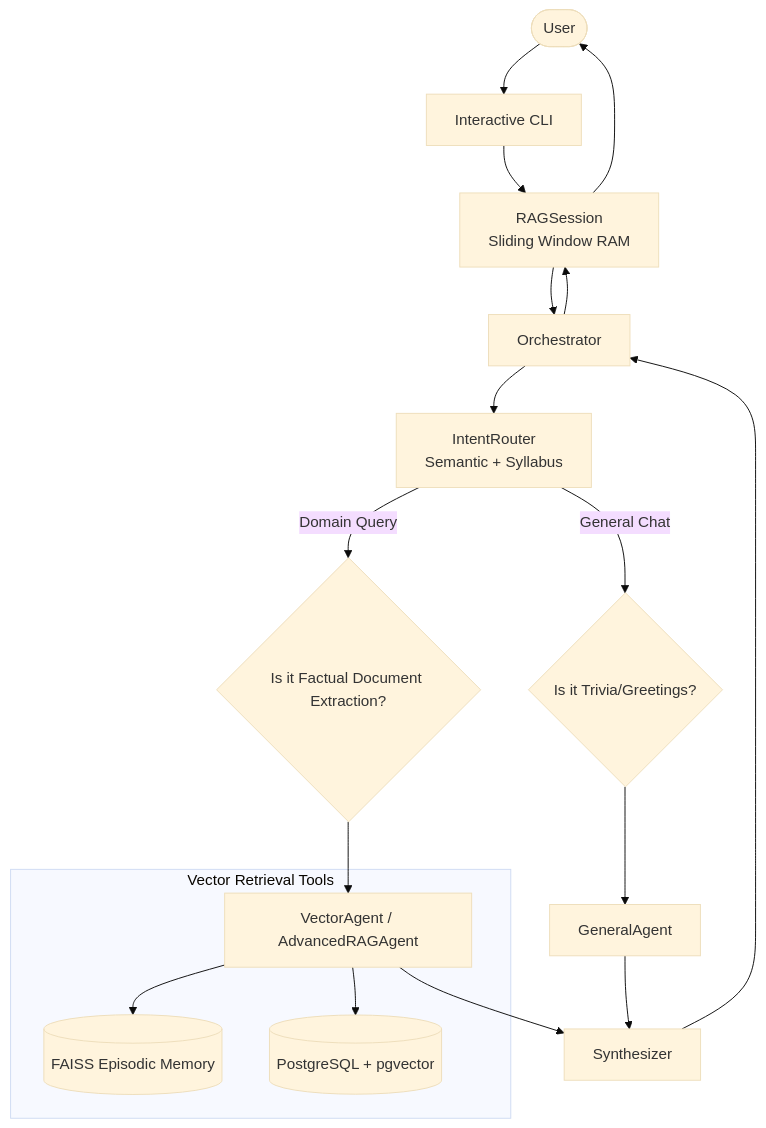
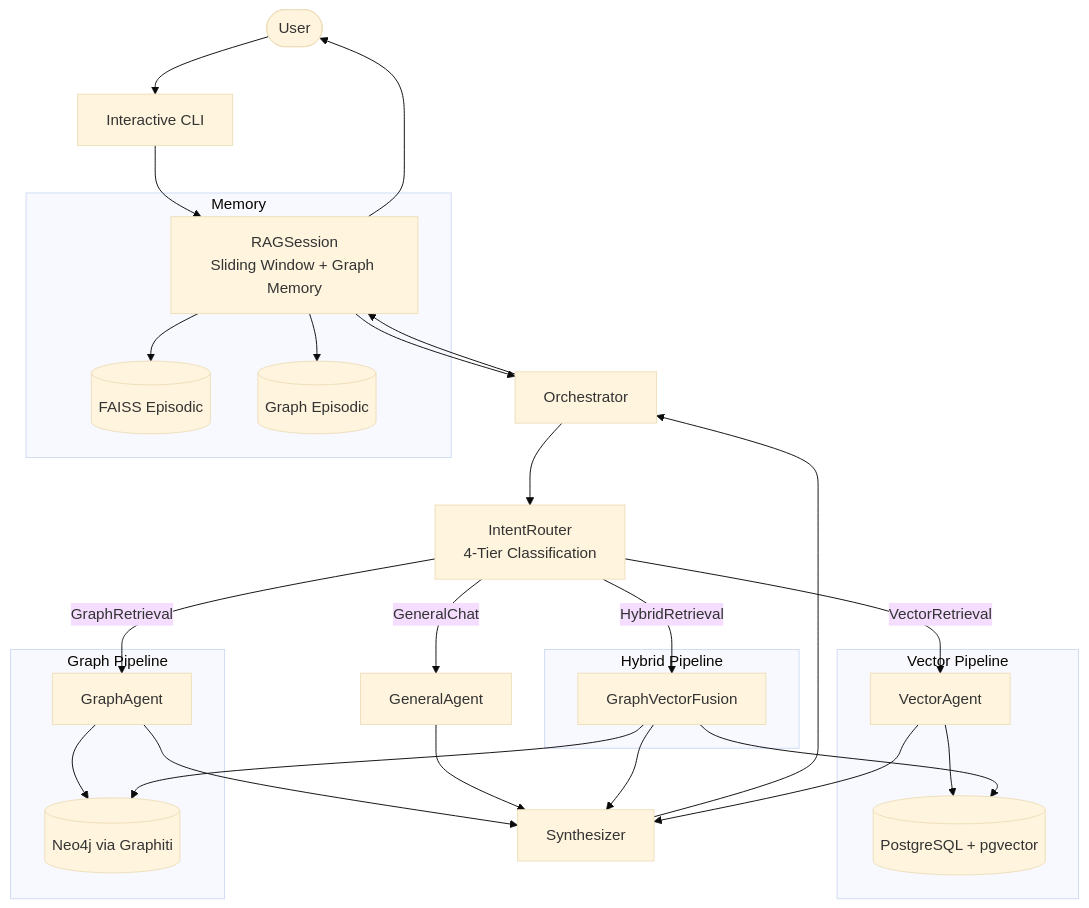
The diagram in README.md (techcraze00/Prod_HayStack_RAG), drawn with Mermaid (base theme) before and after one commit. The commit also changed other lines of this file and 19 other files, not shown here.

Commit message:
feat/Graph RAG is integrated

````diff
--- a/README.md
+++ b/README.md
@@ -122,28 +154,38 @@
 ```mermaid
 graph TD
     User([User]) --> CLI[Interactive CLI]
-    CLI --> Session[RAGSession</br>Sliding Window RAM]
+    CLI --> Session["RAGSession\nSliding Window + Graph Memory"]
     Session --> Orch[Orchestrator]
-    
-    Orch --> Router[IntentRouter </br> Semantic + Syllabus]
-    
-    %% Router evaluating Intent
-    Router -->|General Chat| D1{Is it Trivia/Greetings?}
-    Router -->|Domain Query| D2{Is it Factual Document Extraction?}
-    
-    D1 --> GA[GeneralAgent]
-    D2 --> VA[VectorAgent / AdvancedRAGAgent]
-    
+
+    Orch --> Router["IntentRouter\n4-Tier Classification"]
+
+    Router -->|GeneralChat| GA[GeneralAgent]
+    Router -->|VectorRetrieval| VA[VectorAgent]
+    Router -->|GraphRetrieval| GrA["GraphAgent"]
+    Router -->|HybridRetrieval| HF["GraphVectorFusion"]
+
     GA --> Synth[Synthesizer]
     VA --> Synth
-    
-    Synth --> Orch
-    Orch --> Session
-    Session --> User
-    
-    %% Vector Agent Sub-Tree
-    subgraph Vector Retrieval Tools
-        VA --> FAISS[(FAISS Episodic Memory)]
+    GrA --> Synth
+    HF --> Synth
+
+    Synth --> Orch --> Session --> User
+
+    subgraph "Vector Pipeline"
         VA --> PG[(PostgreSQL + pgvector)]
     end
+
+    subgraph "Graph Pipeline"
+        GrA --> Neo[(Neo4j via Graphiti)]
+    end
+
+    subgraph "Hybrid Pipeline"
+        HF --> PG
+        HF --> Neo
+    end
+
+    subgraph "Memory"
+        Session --> FAISS[(FAISS Episodic)]
+        Session --> GraphMem[(Graph Episodic)]
+    end
 ```
````
